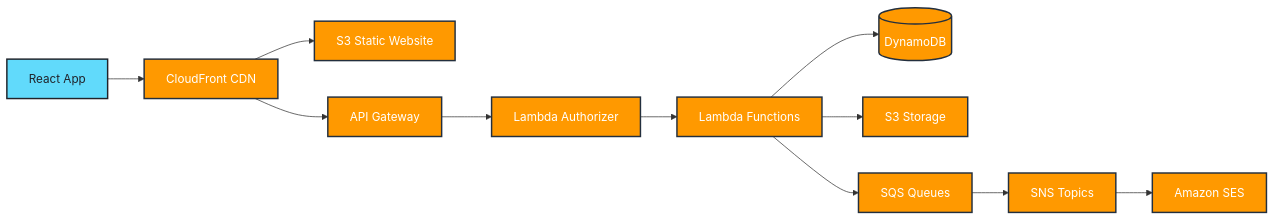
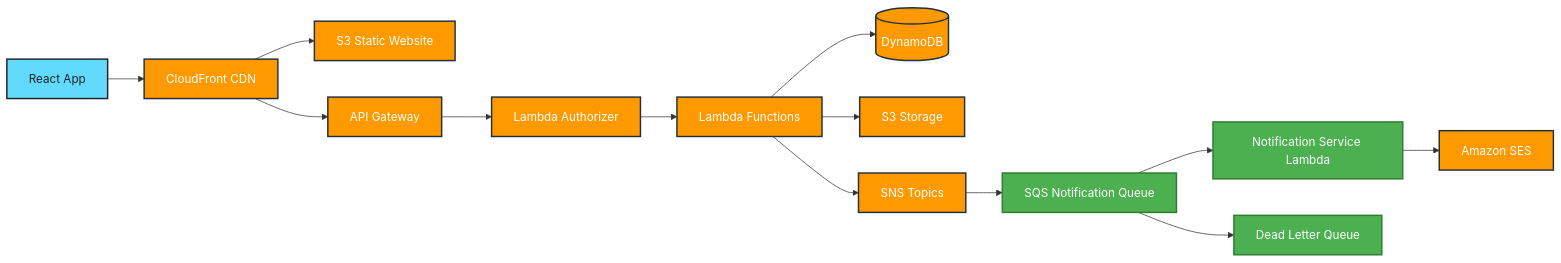
One commit to prasadguuduru/book-management changed the first of 6 diagrams in README.md. Above: the diagram before and after it, drawn with Mermaid.

Commit message:
updating high level architecture diagram

````diff
--- a/README.md
+++ b/README.md
@@ -56,20 +56,26 @@
 ```mermaid
 graph LR
     Client[React App] --> CloudFront[CloudFront CDN]
     CloudFront --> S3[S3 Static Website]
     CloudFront --> APIGateway[API Gateway]
     APIGateway --> Authorizer[Lambda Authorizer]
     Authorizer --> Lambda[Lambda Functions]
     Lambda --> DynamoDB[(DynamoDB)]
     Lambda --> S3Files[S3 Storage]
-    Lambda --> SQS[SQS Queues]
-    SQS --> SNS[SNS Topics]
-    SNS --> SES[Amazon SES]
+    
+    %% Notification Flow (Fixed)
+    Lambda --> SNS[SNS Topics]
+    SNS --> SQS[SQS Notification Queue]
+    SQS --> NotificationLambda[Notification Service Lambda]
+    NotificationLambda --> SES[Amazon SES]
+    SQS --> DLQ[Dead Letter Queue]
     
     %% Styling
     classDef aws fill:#FF9900,stroke:#232F3E,stroke-width:2px,color:#fff
     classDef client fill:#61DAFB,stroke:#20232A,stroke-width:2px,color:#20232A
+    classDef notification fill:#4CAF50,stroke:#2E7D32,stroke-width:2px,color:#fff
     
-    class CloudFront,APIGateway,Authorizer,Lambda,DynamoDB,S3,S3Files,SQS,SNS,SES aws
+    class CloudFront,APIGateway,Authorizer,Lambda,DynamoDB,S3,S3Files,SNS,SES aws
     class Client client
+    class SQS,NotificationLambda,DLQ notification
 ```
````
